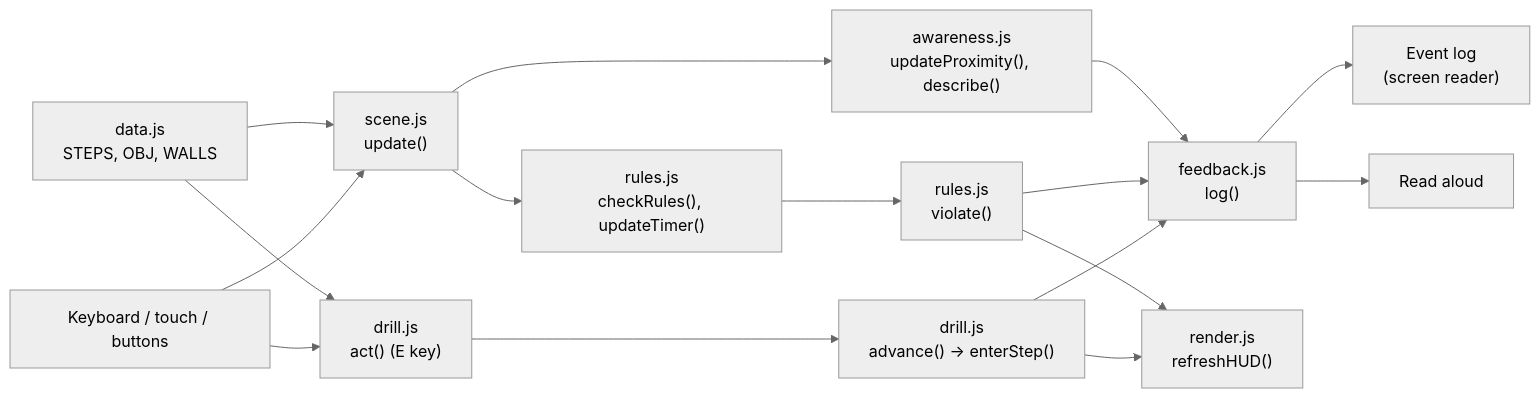
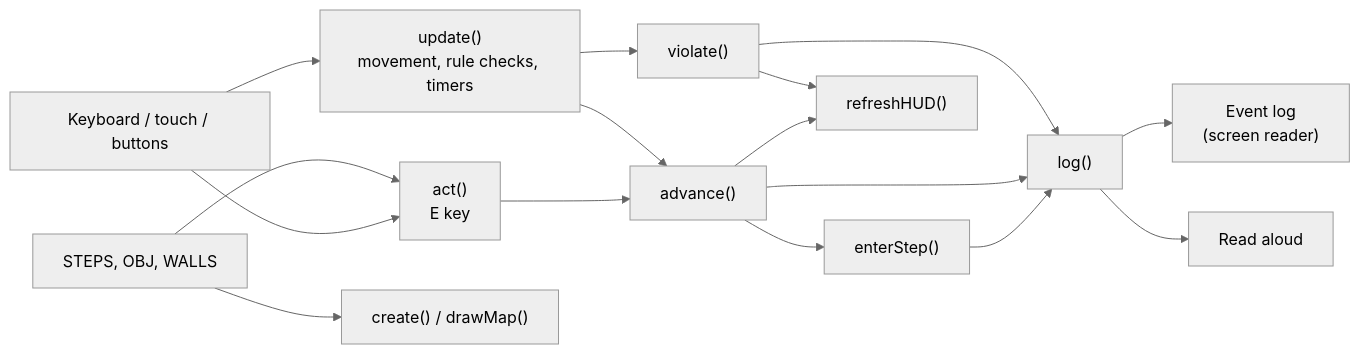
Before and after one commit to Raaaandy/Lab-safety-simulation: the diagram in README.md, drawn with Mermaid (neutral theme). The commit also changed other lines of this file and 3 other files, not shown here.

````diff
--- a/README.md
+++ b/README.md
@@ -133,18 +166,18 @@
 ```mermaid
 flowchart LR
-    Keys["Keyboard / touch / buttons"] --> Scene["scene.js<br/>update()"]
-    Keys --> Act["drill.js<br/>act() (E key)"]
-    Data["data.js<br/>STEPS, OBJ, WALLS"] --> Scene
+    Keys["Keyboard / touch / buttons"] --> Update["update()<br/>movement, rule checks, timers"]
+    Keys --> Act["act()<br/>E key"]
+    Data["STEPS, OBJ, WALLS"] --> Create["create() / drawMap()"]
     Data --> Act
-    Scene --> Rules["rules.js<br/>checkRules(), updateTimer()"]
-    Scene --> Aware["awareness.js<br/>updateProximity(), describe()"]
-    Act --> Advance["drill.js<br/>advance() → enterStep()"]
-    Rules --> Violate["rules.js<br/>violate()"]
-    Advance --> Log["feedback.js<br/>log()"]
+    Act --> Advance["advance()"]
+    Update --> Violate["violate()"]
+    Update --> Advance
+    Advance --> Enter["enterStep()"]
+    Enter --> Log["log()"]
+    Advance --> Log
     Violate --> Log
-    Aware --> Log
     Log --> SR["Event log<br/>(screen reader)"]
     Log --> Speech["Read aloud"]
-    Advance --> HUD["render.js<br/>refreshHUD()"]
+    Advance --> HUD["refreshHUD()"]
     Violate --> HUD
 ```
````
